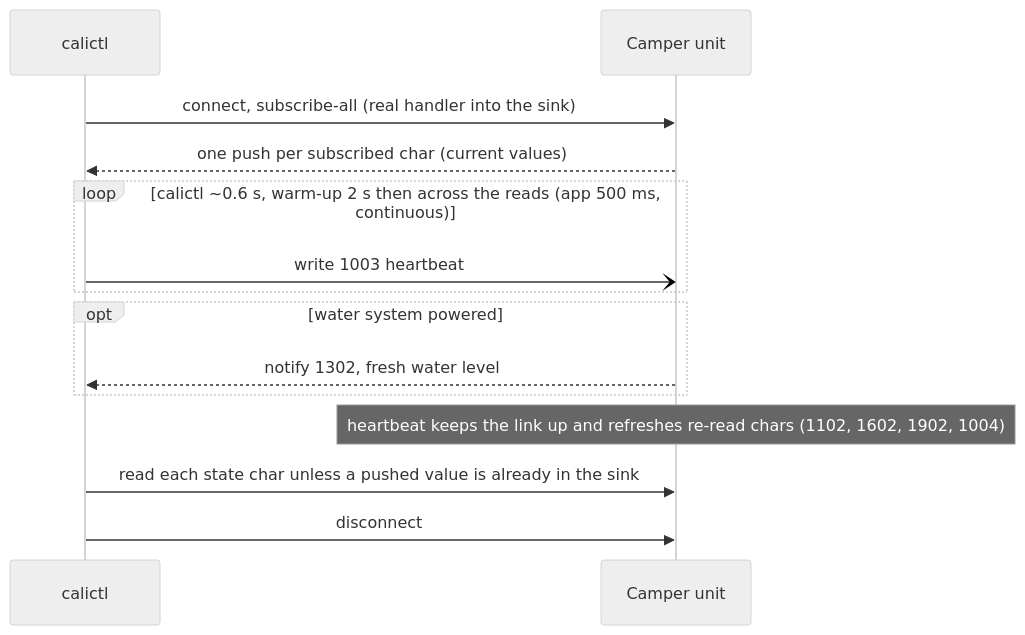
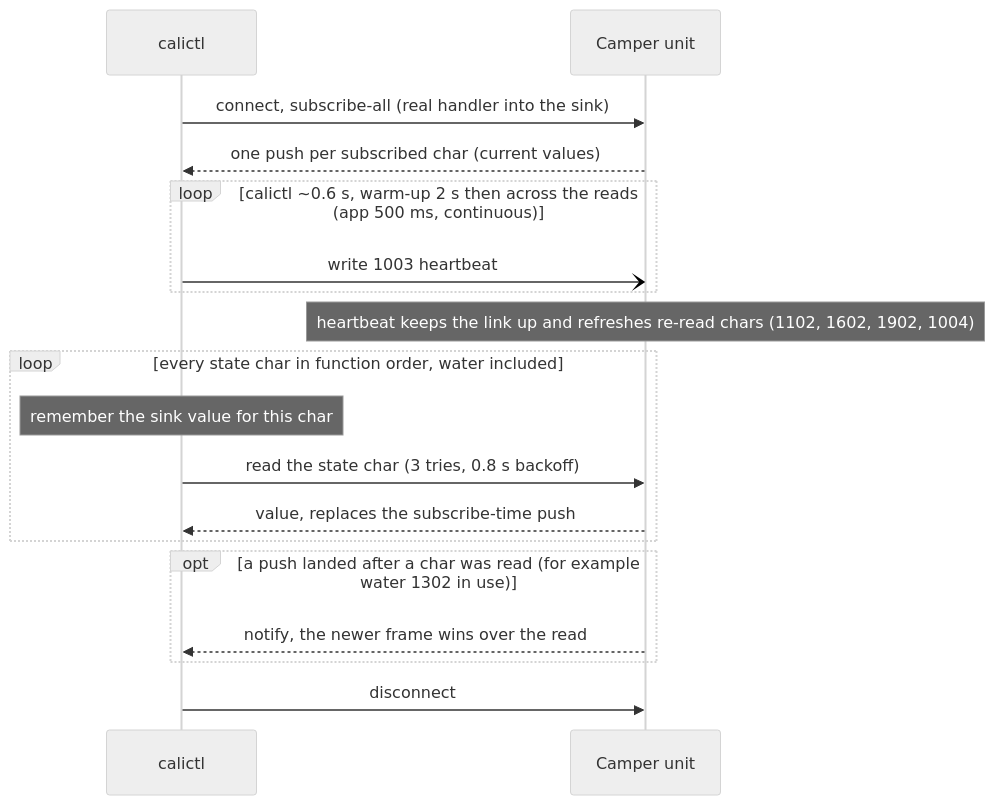
Before and after one commit to ckeller42/open-california: diagram 11 of 17 in docs/protocol-sequences.rst, drawn with Mermaid (neutral theme). The commit also changed other lines of this file and 9 other files, not shown here.

First line of the commit message:
docs: audit the protocol sequence diagrams against the code and add the missing flows

```diff
--- a/docs/protocol-sequences.rst
+++ b/docs/protocol-sequences.rst
@@ -686,16 +960,20 @@
 .. mermaid::
 
     sequenceDiagram
         participant C as calictl
         participant U as Camper unit
         C->>U: connect, subscribe-all (real handler into the sink)
         U-->>C: one push per subscribed char (current values)
         loop calictl ~0.6 s, warm-up 2 s then across the reads (app 500 ms, continuous)
             C-)U: write 1003 heartbeat
         end
-        opt water system powered
-            U-->>C: notify 1302, fresh water level
+        Note over U: heartbeat keeps the link up and refreshes re-read chars (1102, 1602, 1902, 1004)
+        loop every state char in function order, water included
+            Note over C: remember the sink value for this char
+            C->>U: read the state char (3 tries, 0.8 s backoff)
+            U-->>C: value, replaces the subscribe-time push
         end
-        Note over U: heartbeat keeps the link up and refreshes re-read chars (1102, 1602, 1902, 1004)
-        C->>U: read each state char unless a pushed value is already in the sink
+        opt a push landed after a char was read (for example water 1302 in use)
+            U-->>C: notify, the newer frame wins over the read
+        end
         C->>U: disconnect
```
